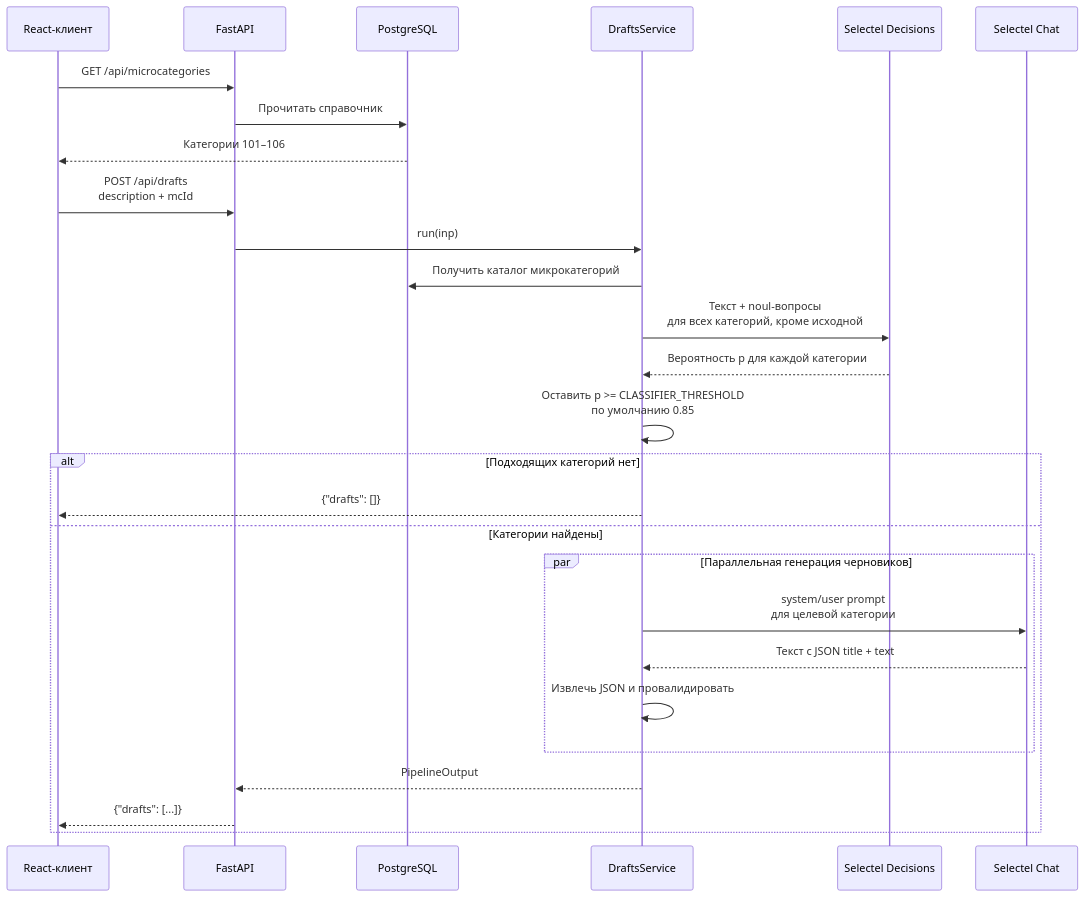
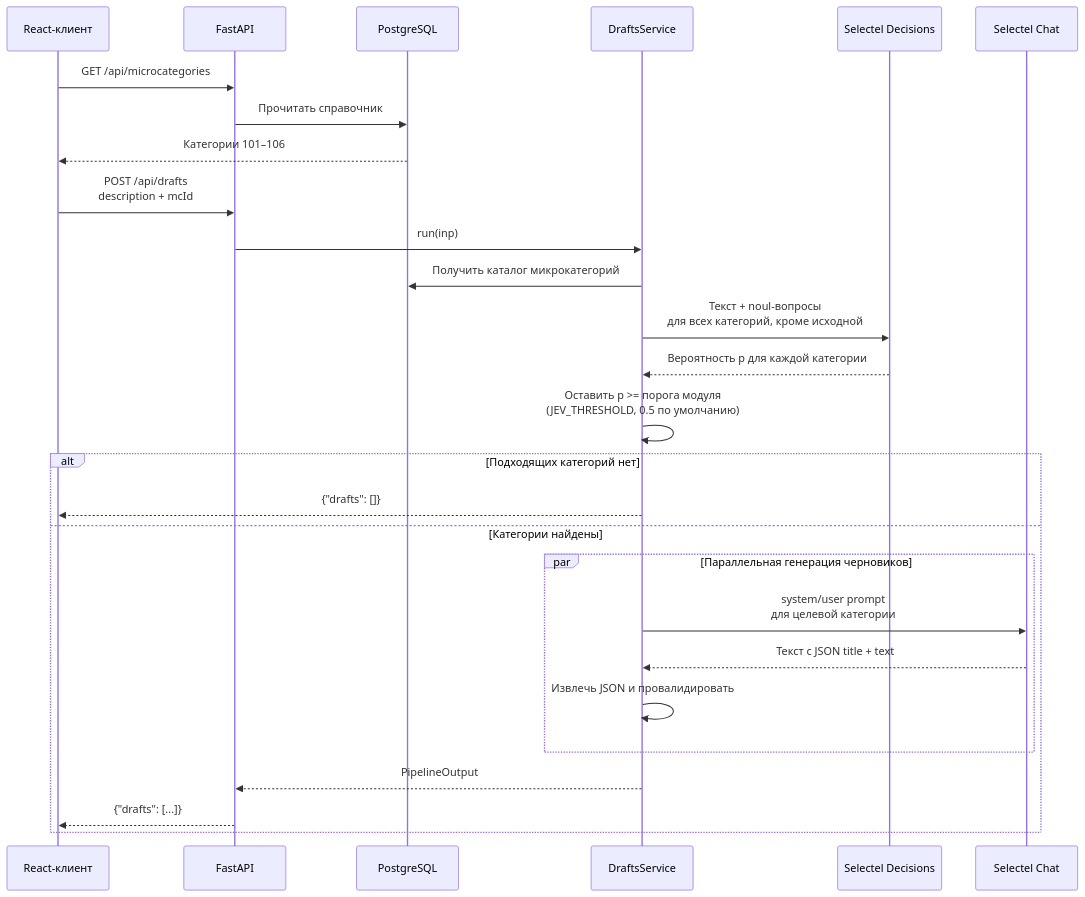
Before and after one commit to one-zero-eight/hackathon-innoglobalhack-avito: the third of 5 diagrams in docs/architecture.md, drawn with Mermaid. The commit also changed 7 other files, not shown here.

````diff
--- a/docs/architecture.md
+++ b/docs/architecture.md
@@ -94,34 +94,34 @@
 ```mermaid
 sequenceDiagram
     participant Browser as React-клиент
     participant API as FastAPI
     participant DB as PostgreSQL
     participant Service as DraftsService
     participant Decisions as Selectel Decisions
     participant Chat as Selectel Chat
 
     Browser->>API: GET /api/microcategories
     API->>DB: Прочитать справочник
     DB-->>Browser: Категории 101–106
 
     Browser->>API: POST /api/drafts<br/>description + mcId
     API->>Service: run(inp)
     Service->>DB: Получить каталог микрокатегорий
 
     Service->>Decisions: Текст + noul-вопросы<br/>для всех категорий, кроме исходной
     Decisions-->>Service: Вероятность p для каждой категории
 
-    Service->>Service: Оставить p >= CLASSIFIER_THRESHOLD<br/>по умолчанию 0.85
+    Service->>Service: Оставить p >= порога модуля<br/>(JEV_THRESHOLD, 0.5 по умолчанию)
 
     alt Подходящих категорий нет
         Service-->>Browser: {"drafts": []}
     else Категории найдены
         par Параллельная генерация черновиков
             Service->>Chat: system/user prompt<br/>для целевой категории
             Chat-->>Service: Текст с JSON title + text
             Service->>Service: Извлечь JSON и провалидировать
         end
         Service-->>API: PipelineOutput
         API-->>Browser: {"drafts": [...]}
     end
 ```
````
